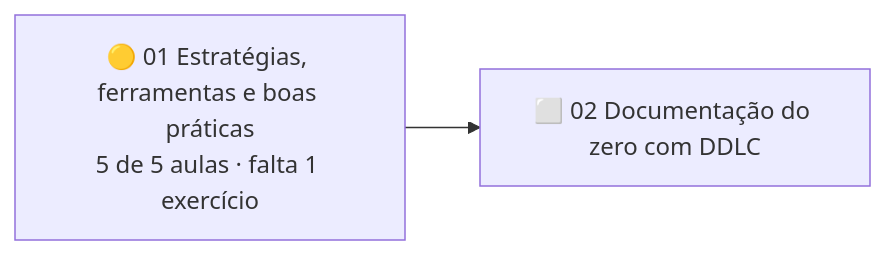
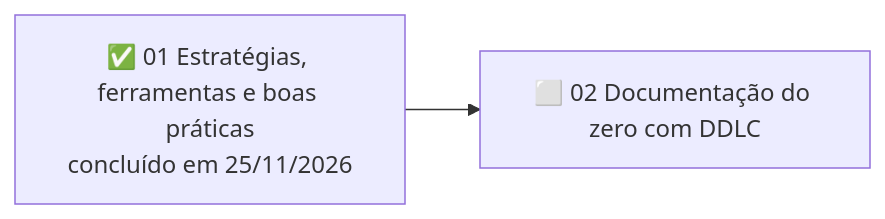
Before and after one commit to letsprown-code/po-learning-journal: the fourth of 5 diagrams in mapa-de-estudos.md, drawn with Mermaid. The commit also changed other lines of this file and 3 other files, not shown here.

First line of the commit message:
Alura TW 01 concluído na plataforma (100%); exercício da Aula 04 registrado

```diff
--- a/mapa-de-estudos.md
+++ b/mapa-de-estudos.md
@@ -140,4 +140,4 @@
 ~~~mermaid
 flowchart LR
-    C1["🟡 01 Estratégias, ferramentas e boas práticas<br/>5 de 5 aulas · falta 1 exercício"] --> C2["⬜ 02 Documentação do zero com DDLC"]
+    C1["✅ 01 Estratégias, ferramentas e boas práticas<br/>concluído em 25/11/2026"] --> C2["⬜ 02 Documentação do zero com DDLC"]
 ~~~
```
